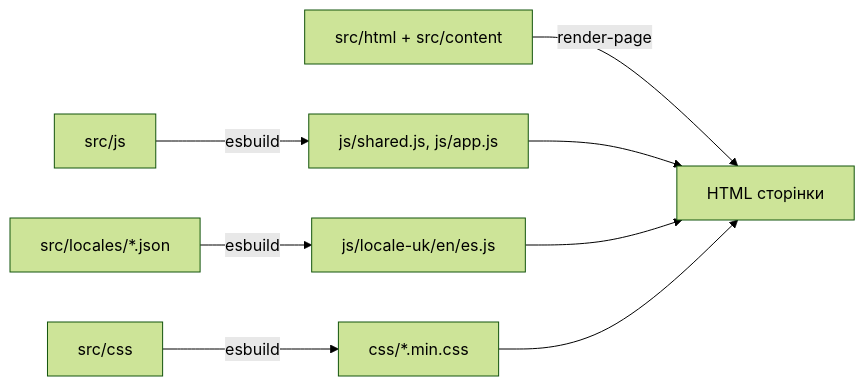
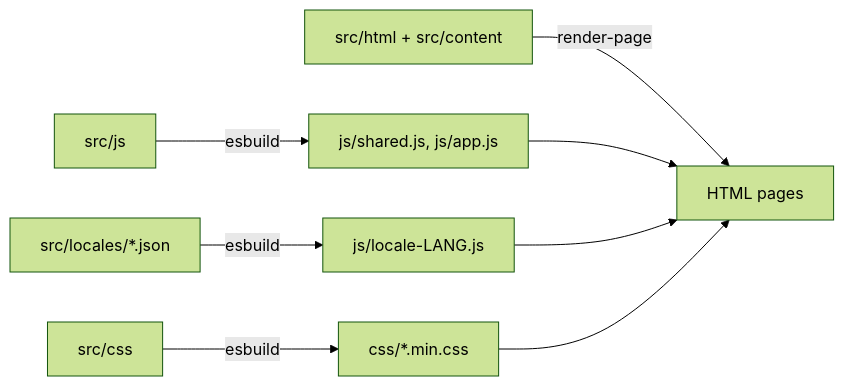
One commit to ua-es/ua-es changed the diagram in README.md. Above: the diagram before and after it, drawn with Mermaid (forest theme). The commit also changed other lines of this file and 57 other files, not shown here.

````diff
--- a/README.md
+++ b/README.md
@@ -42,10 +43,10 @@
 ```mermaid
 flowchart LR
   A[src/js] -->|esbuild| B[js/shared.js, js/app.js]
-  C[src/locales/*.json] -->|esbuild| D[js/locale-uk/en/es.js]
+  C[src/locales/*.json] -->|esbuild| D[js/locale-LANG.js]
   H[src/html + src/content] -->|render-page| G
   E[src/css] -->|esbuild| F[css/*.min.css]
-  B --> G[HTML сторінки]
+  B --> G[HTML pages]
   D --> G
   F --> G
 ```
````
